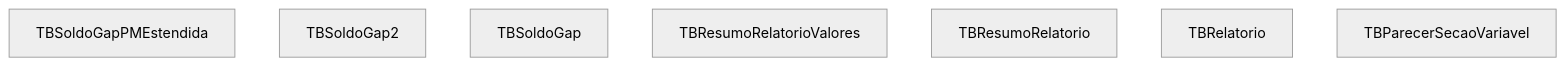
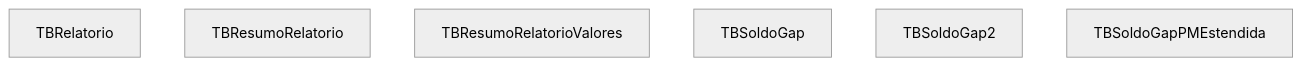
Before and after one commit to PedroDeveloper/adsd: diagram 12 of 15 in BDFolhaBA.md, drawn with Mermaid. The commit also changed other lines of this file, not shown here.

````diff
--- a/BDFolhaBA.md
+++ b/BDFolhaBA.md
@@ -181,18 +226,16 @@
 ```mermaid
 graph TB
 %%{ init: { 'theme': 'neutral', 'flowchart': { 'useMaxWidth': false, 'curve': 'basis' }}}%%
-	TBSoldoGapPMEstendida["TBSoldoGapPMEstendida"]
+	TBRelatorio["TBRelatorio"]
+
+	TBResumoRelatorio["TBResumoRelatorio"]
+
+	TBResumoRelatorioValores["TBResumoRelatorioValores"]
+
+	TBSoldoGap["TBSoldoGap"]
 
 	TBSoldoGap2["TBSoldoGap2"]
 
-	TBSoldoGap["TBSoldoGap"]
-
-	TBResumoRelatorioValores["TBResumoRelatorioValores"]
-
-	TBResumoRelatorio["TBResumoRelatorio"]
-
-	TBRelatorio["TBRelatorio"]
-
-	TBParecerSecaoVariavel["TBParecerSecaoVariavel"]
+	TBSoldoGapPMEstendida["TBSoldoGapPMEstendida"]
 
 ```
````
